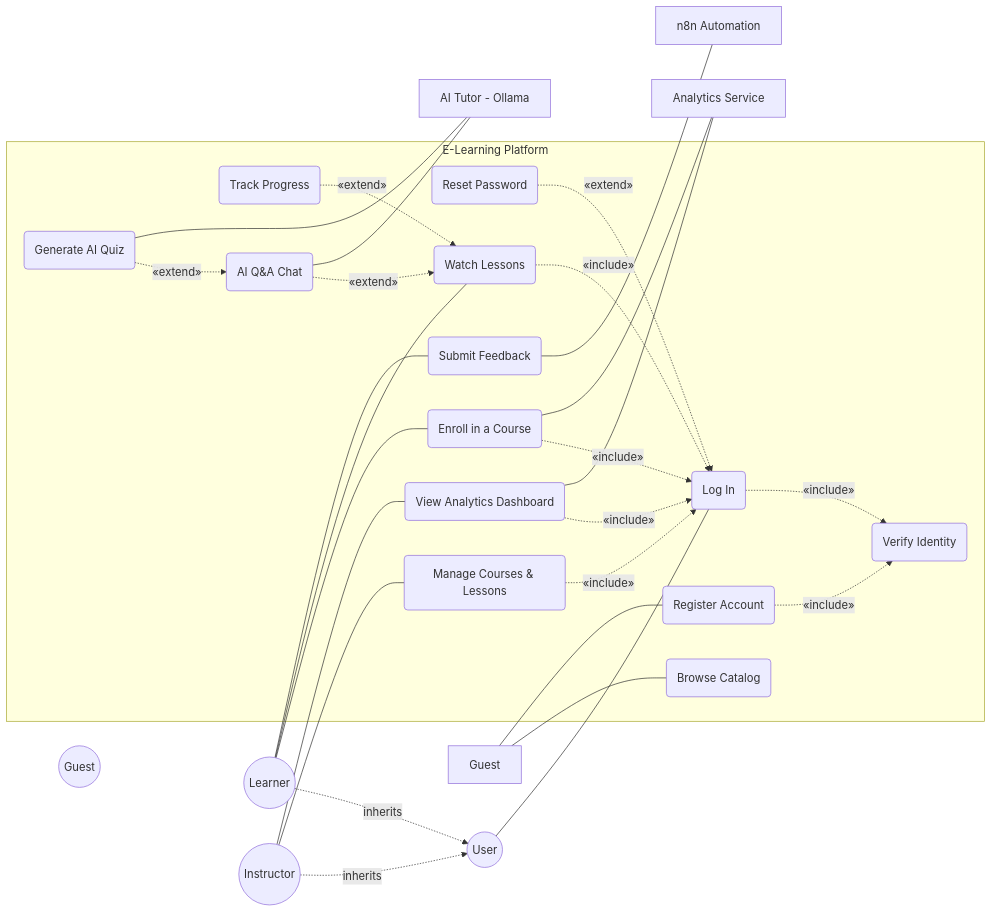
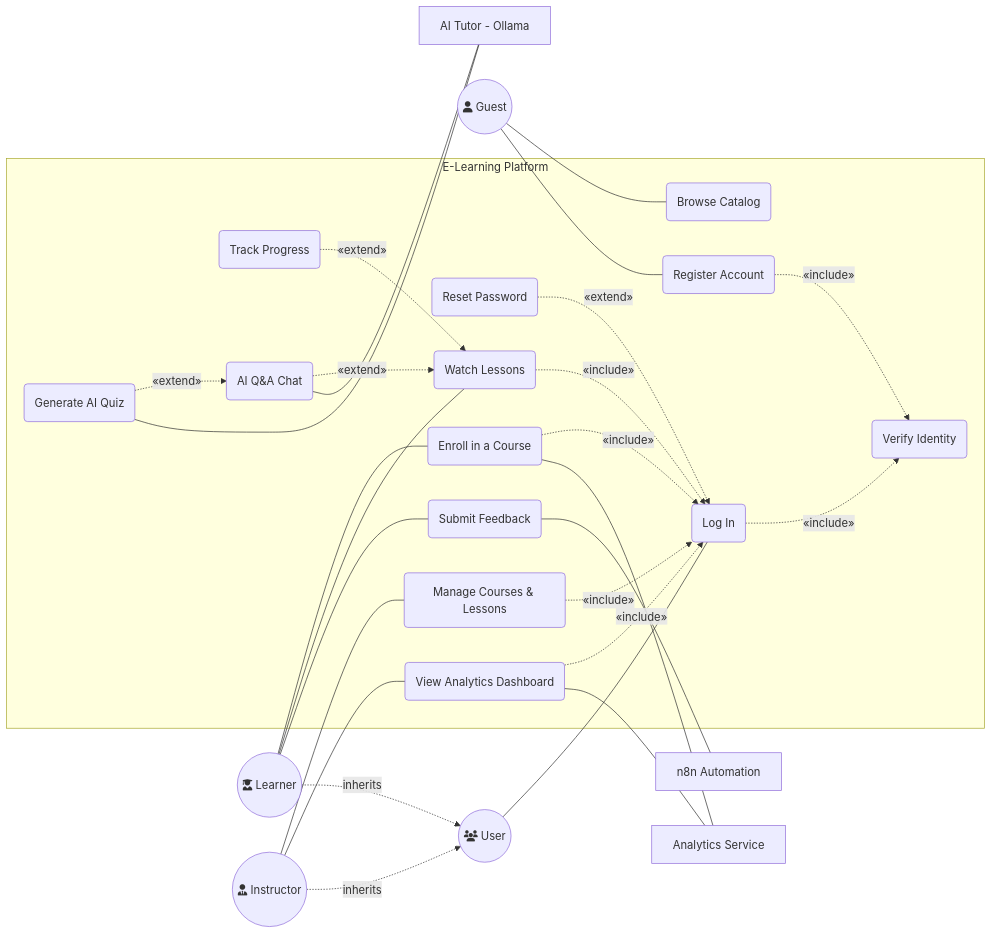
Before and after one commit to Sen-Se1/elearning-microservice-platform: the seventh of 10 diagrams in architecture.md, drawn with Mermaid.

Commit message:
docs: update use case diagram to include new actors, associations, and refined workflow relationships

````diff
--- a/architecture.md
+++ b/architecture.md
@@ -211,69 +211,69 @@
 ```mermaid
 flowchart LR
     %% Primary Actors (Left)
-    actor((Guest))
-    User((User))
-    Learner((Learner))
-    Instructor((Instructor))
+    Guest((<i class='fa-solid fa-user'></i> Guest))
+    User((<i class='fa-solid fa-users'></i> User))
+    Learner((<i class='fa-solid fa-user-graduate'></i> Learner))
+    Instructor((<i class='fa-solid fa-user-tie'></i> Instructor))
 
     %% Actor Generalization
     Learner -. "inherits" .-> User
     Instructor -. "inherits" .-> User
 
     subgraph Platform [E-Learning Platform]
         UC_Browse(Browse Catalog)
         UC_Reg(Register Account)
         UC_Login(Log In)
         UC_Verify(Verify Identity)
         UC_Reset(Reset Password)
 
         UC_Enroll(Enroll in a Course)
         UC_Watch(Watch Lessons)
         UC_Track(Track Progress)
 
         UC_Chat(AI Q&A Chat)
         UC_Quiz(Generate AI Quiz)
         UC_Feedback(Submit Feedback)
         
         UC_Manage(Manage Courses & Lessons)
         UC_Analytics(View Analytics Dashboard)
     end
 
     %% Secondary Actors / Systems (Right)
     Ollama[AI Tutor - Ollama]
     N8N[n8n Automation]
     AnalyticSvc[Analytics Service]
 
     %% ── Actor to Use Case associations ──
     Guest --- UC_Browse
     Guest --- UC_Reg
     User --- UC_Login
 
     Learner --- UC_Enroll
     Learner --- UC_Watch
     Learner --- UC_Feedback
 
     Instructor --- UC_Manage
     Instructor --- UC_Analytics
 
     %% ── UML Stereotypes (Includes & Extends) ──
     UC_Reg -. "«include»" .-> UC_Verify
     UC_Login -. "«include»" .-> UC_Verify
     UC_Reset -. "«extend»" .-> UC_Login
     
     UC_Enroll -. "«include»" .-> UC_Login
     UC_Watch -. "«include»" .-> UC_Login
     UC_Manage -. "«include»" .-> UC_Login
     UC_Analytics -. "«include»" .-> UC_Login
     
     UC_Track -. "«extend»" .-> UC_Watch
     UC_Chat -. "«extend»" .-> UC_Watch
     UC_Quiz -. "«extend»" .-> UC_Chat
 
     %% ── Use Case to System associations ──
     UC_Chat --- Ollama
     UC_Quiz --- Ollama
     UC_Feedback --- N8N
     UC_Enroll --- AnalyticSvc
     UC_Analytics --- AnalyticSvc
 ```
````
